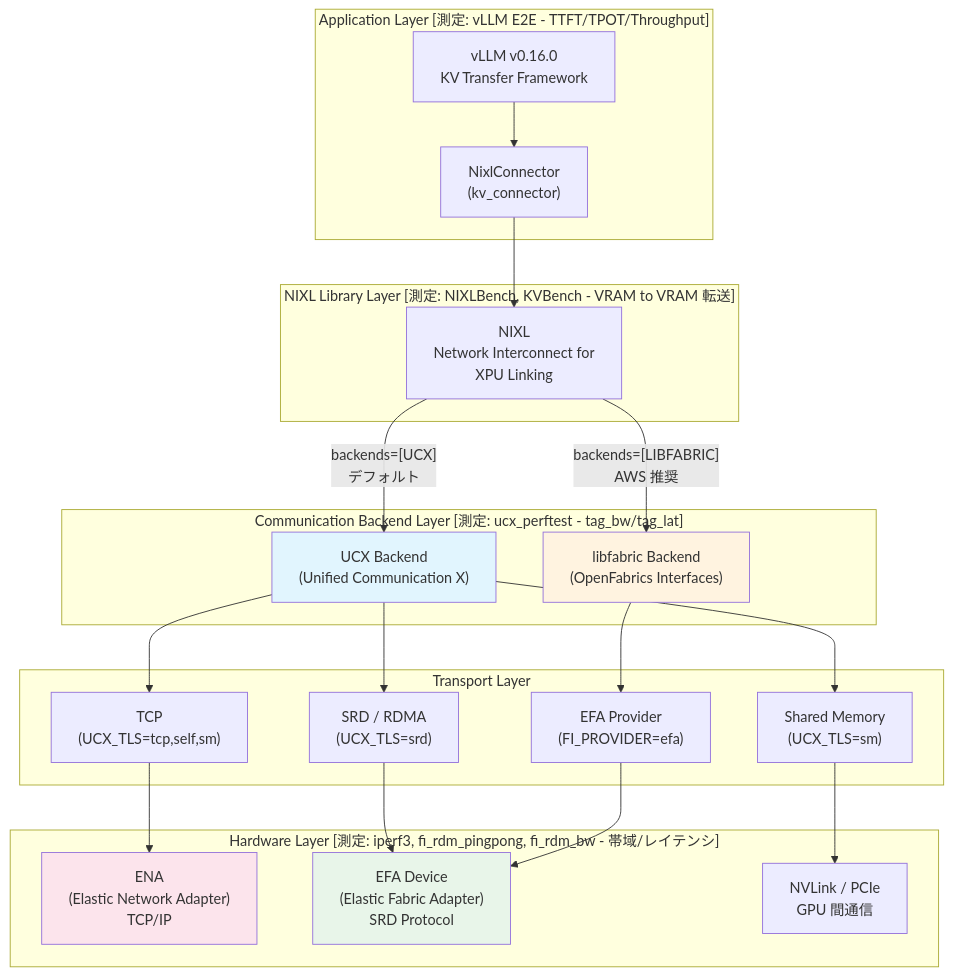
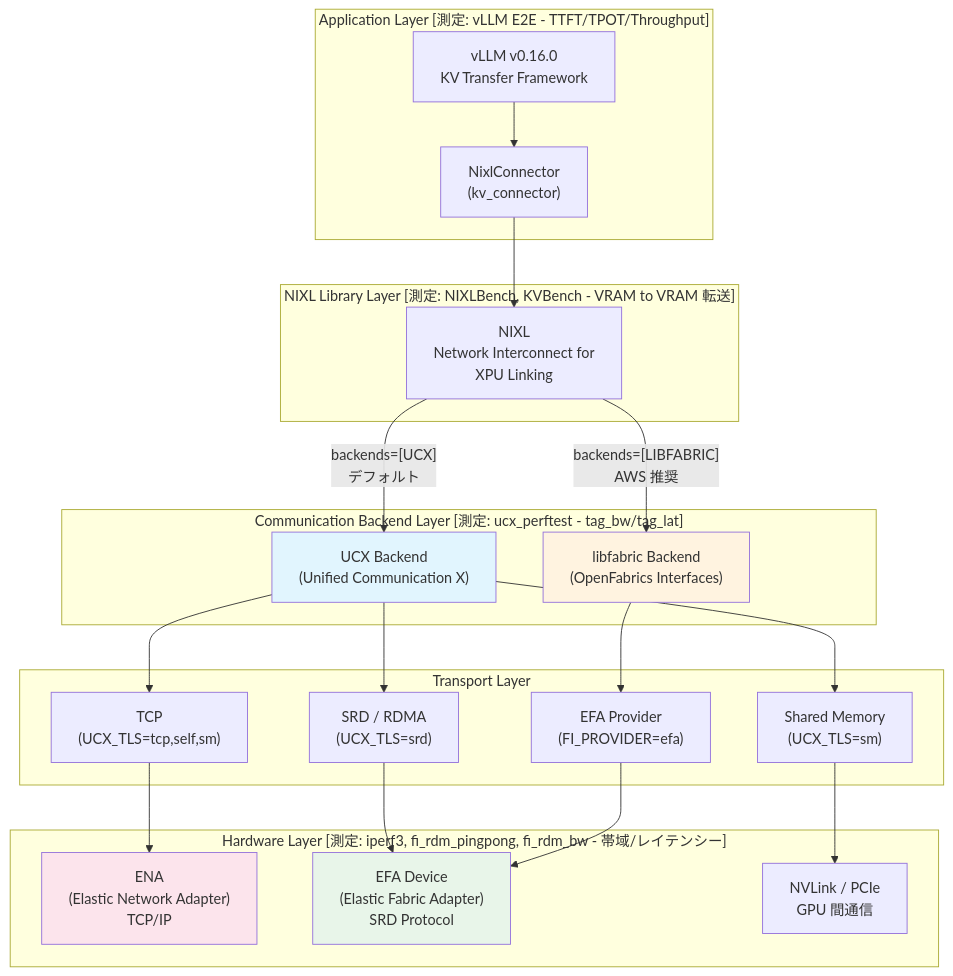
The sixth of 14 diagrams in articles/3dd524130320d3.md (littlemex/zenn), drawn with Mermaid before and after one commit. The commit also changed other lines of this file, not shown here.

````diff
--- a/articles/3dd524130320d3.md
+++ b/articles/3dd524130320d3.md
@@ -195,41 +198,41 @@
 ```mermaid
 graph TB
     subgraph "Application Layer [測定: vLLM E2E - TTFT/TPOT/Throughput]"
         VLLM["vLLM v0.16.0<br/>KV Transfer Framework"]
         NC["NixlConnector<br/>(kv_connector)"]
         VLLM --> NC
     end
     subgraph "NIXL Library Layer [測定: NIXLBench, KVBench - VRAM to VRAM 転送]"
         NIXL["NIXL<br/>Network Interconnect for<br/>XPU Linking"]
         NC --> NIXL
     end
     subgraph "Communication Backend Layer [測定: ucx_perftest - tag_bw/tag_lat]"
         UCX["UCX Backend<br/>(Unified Communication X)"]
         LF["libfabric Backend<br/>(OpenFabrics Interfaces)"]
         NIXL -->|"backends=[UCX]<br/>デフォルト"| UCX
         NIXL -->|"backends=[LIBFABRIC]<br/>AWS 推奨"| LF
     end
     subgraph "Transport Layer"
         TCP["TCP<br/>(UCX_TLS=tcp,self,sm)"]
         SRD_UCX["SRD / RDMA<br/>(UCX_TLS=srd)"]
         SM["Shared Memory<br/>(UCX_TLS=sm)"]
         EFA_LF["EFA Provider<br/>(FI_PROVIDER=efa)"]
         UCX --> TCP
         UCX --> SRD_UCX
         UCX --> SM
         LF --> EFA_LF
     end
-    subgraph "Hardware Layer [測定: iperf3, fi_rdm_pingpong, fi_rdm_bw - 帯域/レイテンシ]"
+    subgraph "Hardware Layer [測定: iperf3, fi_rdm_pingpong, fi_rdm_bw - 帯域/レイテンシー]"
         ENA["ENA<br/>(Elastic Network Adapter)<br/>TCP/IP"]
         EFA_DEV["EFA Device<br/>(Elastic Fabric Adapter)<br/>SRD Protocol"]
         NVLINK["NVLink / PCIe<br/>GPU 間通信"]
         TCP --> ENA
         SRD_UCX --> EFA_DEV
         SM --> NVLINK
         EFA_LF --> EFA_DEV
     end
     style UCX fill: #e1f5fe
     style LF fill: #fff3e0
     style EFA_DEV fill: #e8f5e9
     style ENA fill: #fce4ec
 ```
````
